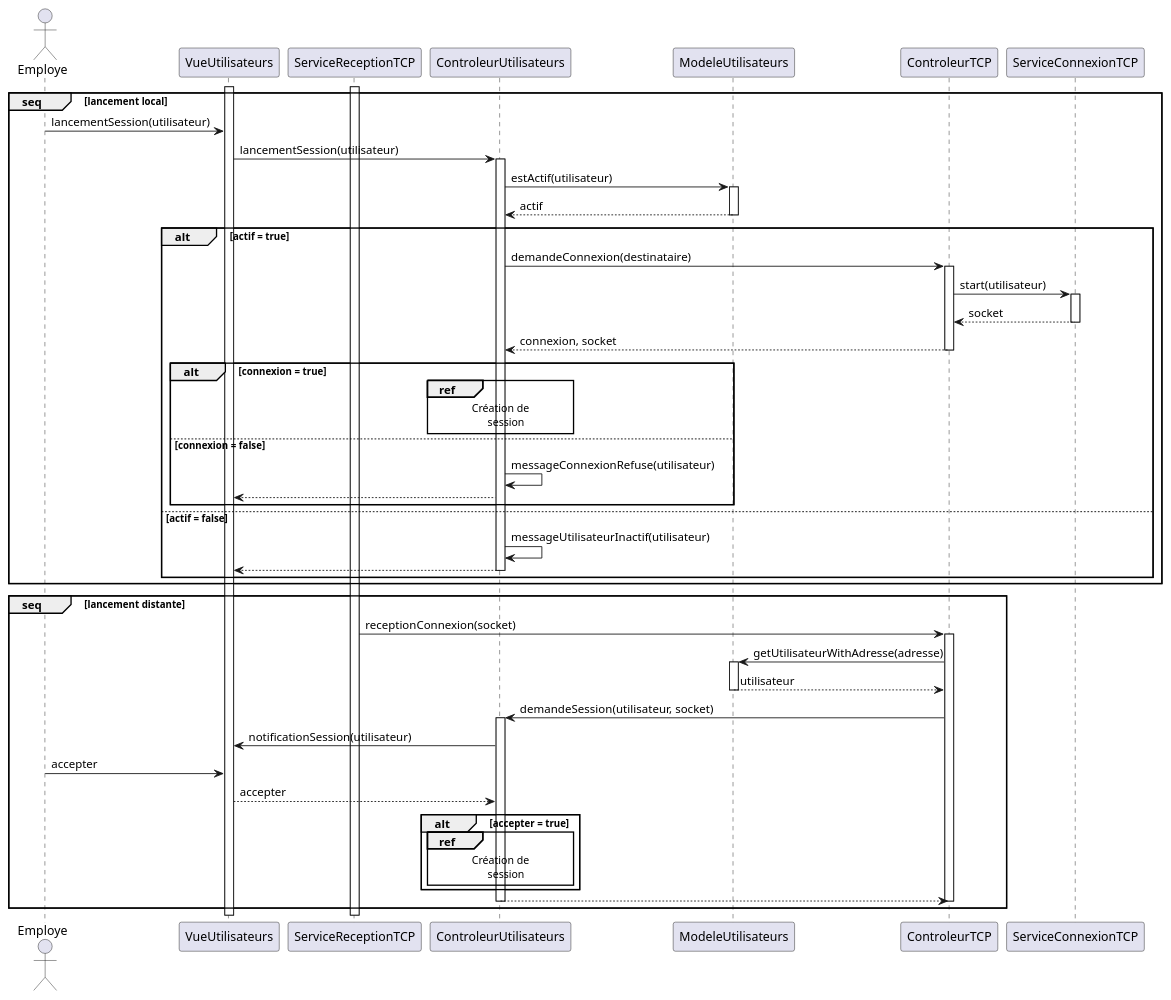
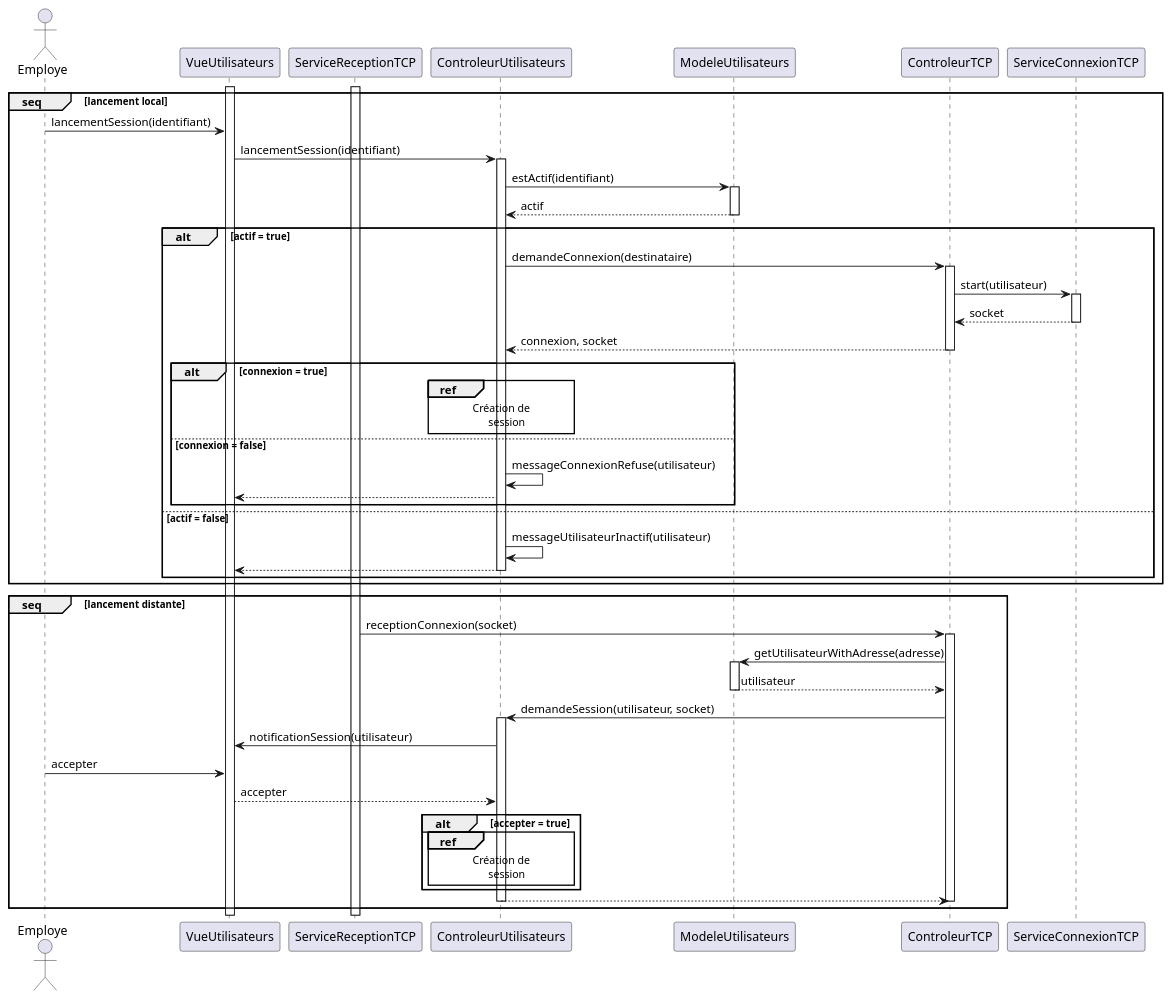
Before and after one commit to arc-hugo/clavardage_uml: the diagram in sequence/lancement_session.wsd, drawn with PlantUML. The commit also changed 1 other file, not shown here.

```diff
--- a/sequence/lancement_session.wsd
+++ b/sequence/lancement_session.wsd
@@ -1,59 +1,59 @@
 @startuml lancement_session
 actor Employe
 activate VueUtilisateurs
 activate ServiceReceptionTCP
 group seq [lancement local]
-    Employe -> VueUtilisateurs : lancementSession(utilisateur)
-    VueUtilisateurs -> ControleurUtilisateurs : lancementSession(utilisateur)
+    Employe -> VueUtilisateurs : lancementSession(identifiant)
+    VueUtilisateurs -> ControleurUtilisateurs : lancementSession(identifiant)
     activate ControleurUtilisateurs
-    ControleurUtilisateurs -> ModeleUtilisateurs : estActif(utilisateur)
+    ControleurUtilisateurs -> ModeleUtilisateurs : estActif(identifiant)
     activate ModeleUtilisateurs
     ModeleUtilisateurs --> ControleurUtilisateurs : actif
     deactivate ModeleUtilisateurs
     alt actif = true
         ControleurUtilisateurs -> ControleurTCP : demandeConnexion(destinataire)
         activate ControleurTCP
         ControleurTCP -> ServiceConnexionTCP : start(utilisateur)
         activate ServiceConnexionTCP
         ServiceConnexionTCP --> ControleurTCP : socket
         deactivate ServiceConnexionTCP
         ControleurTCP --> ControleurUtilisateurs : connexion, socket
         deactivate ControleurTCP
         alt connexion = true
             ref over ControleurUtilisateurs
                 Création de
                     session
             end ref
         else connexion = false
             ControleurUtilisateurs -> ControleurUtilisateurs : messageConnexionRefuse(utilisateur)
             ControleurUtilisateurs --> VueUtilisateurs
         end
     else actif = false
         ControleurUtilisateurs -> ControleurUtilisateurs : messageUtilisateurInactif(utilisateur)
         ControleurUtilisateurs --> VueUtilisateurs
         deactivate ControleurUtilisateurs
     end
 end
 group seq [lancement distante]
     ServiceReceptionTCP -> ControleurTCP : receptionConnexion(socket)
     activate ControleurTCP
     ControleurTCP -> ModeleUtilisateurs : getUtilisateurWithAdresse(adresse)
     activate ModeleUtilisateurs
     ModeleUtilisateurs --> ControleurTCP : utilisateur
     deactivate ModeleUtilisateurs
     ControleurTCP -> ControleurUtilisateurs : demandeSession(utilisateur, socket)
     activate ControleurUtilisateurs
     ControleurUtilisateurs -> VueUtilisateurs : notificationSession(utilisateur)
     Employe -> VueUtilisateurs : accepter
     VueUtilisateurs --> ControleurUtilisateurs : accepter
     alt accepter = true
         ref over ControleurUtilisateurs
             Création de
                 session
         end ref
     end
     ControleurUtilisateurs --> ControleurTCP
     deactivate ControleurUtilisateurs
     deactivate ControleurTCP
 end
 @enduml
```
